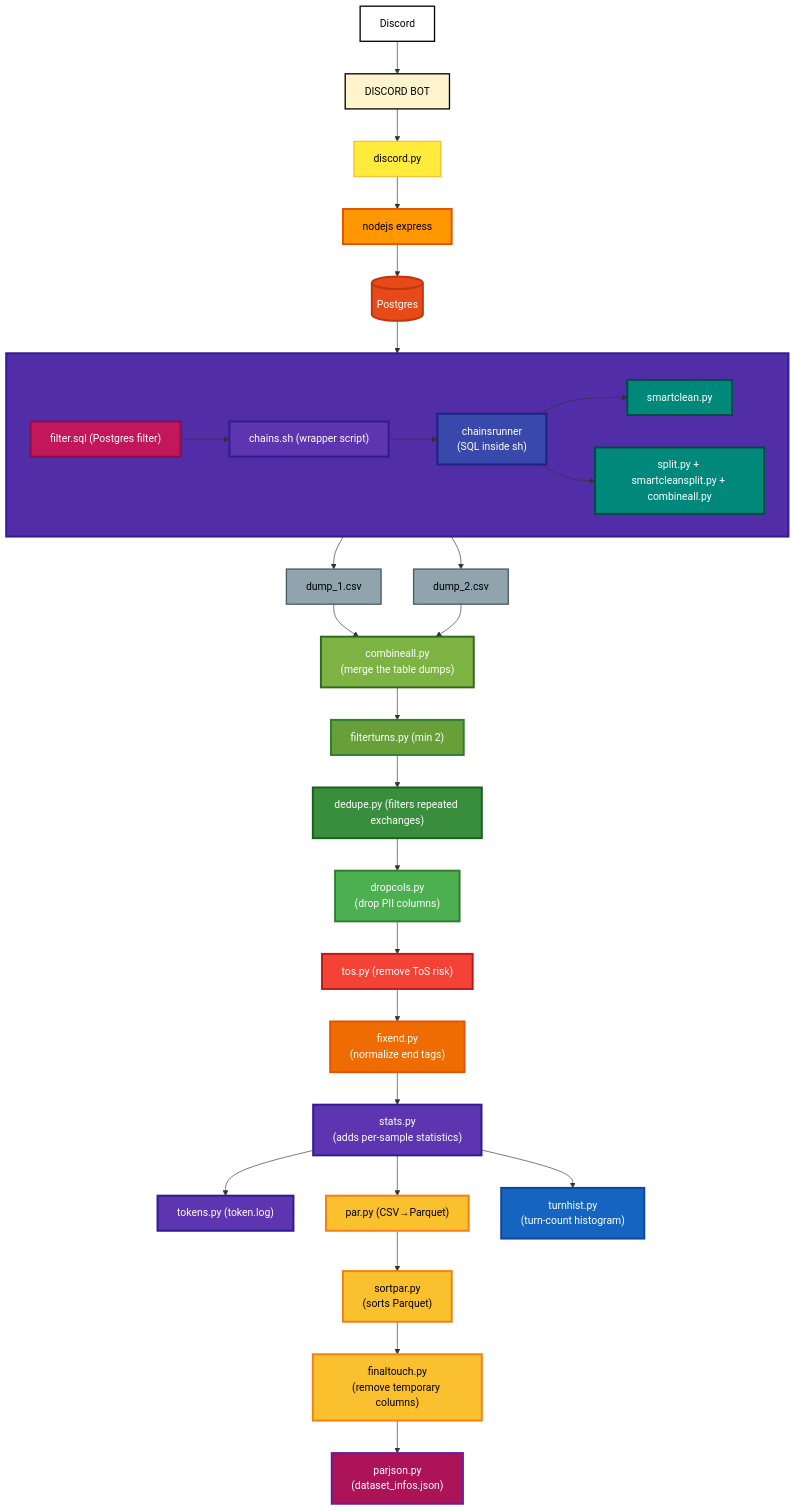
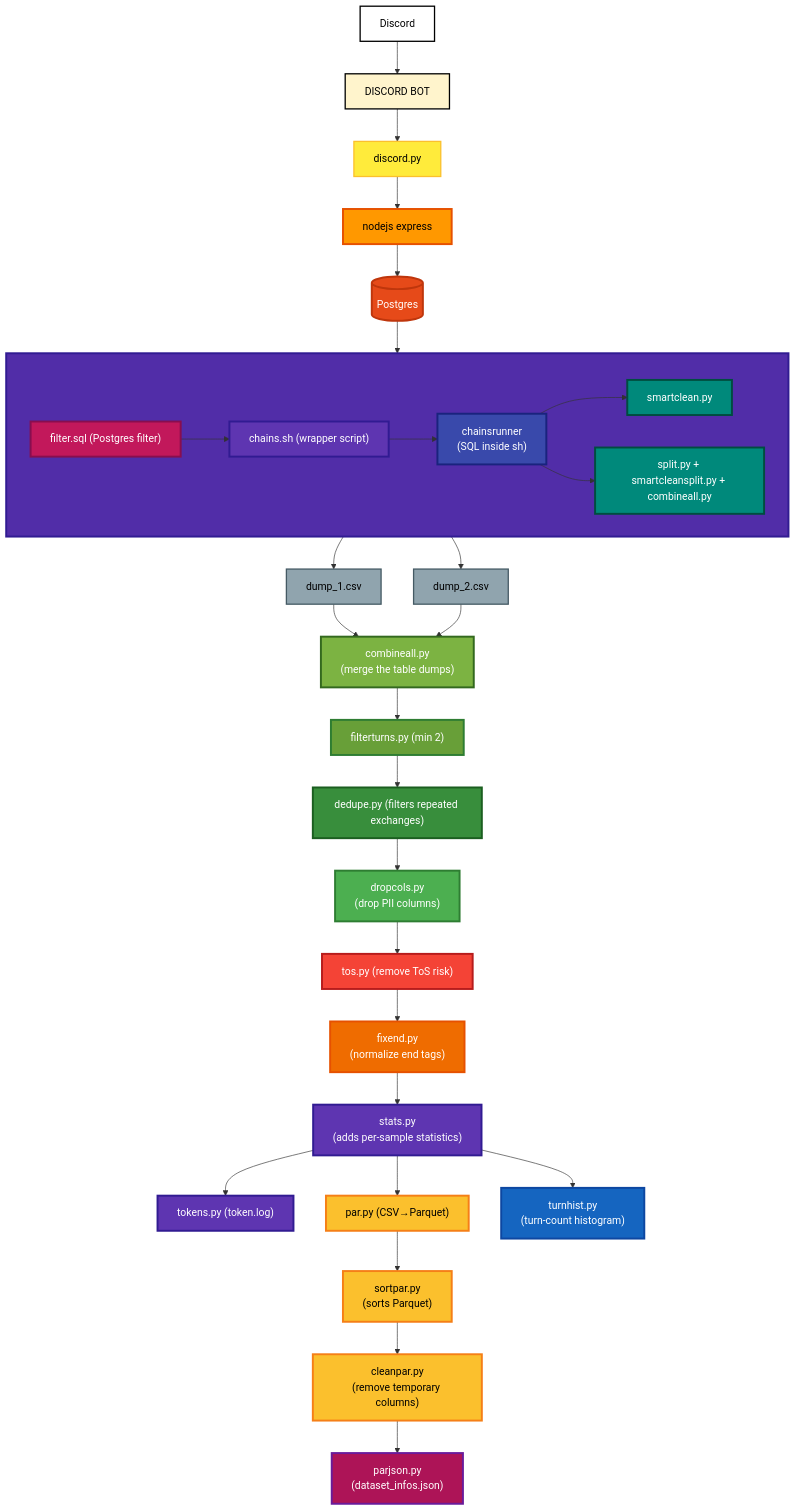
Before and after one commit to mookiezi/dataset-pipeline: the diagram in README.md, drawn with Mermaid. The commit also changed other lines of this file, not shown here.

````diff
--- a/README.md
+++ b/README.md
@@ -11,65 +11,65 @@
 ```mermaid
 flowchart TD
     A[Discord]:::c1 --> B[DISCORD BOT]:::c2
     B --> C[discord.py]:::c3
     C --> D[nodejs express]:::c4
     D --> E[(Postgres)]:::db
 
     E --> G["filter.sql (Postgres filter)"]:::sql
 
     subgraph S[" "]
     direction LR
         G --> H["chains.sh (wrapper script)"]:::c9
         H --> J["chainsrunner<br>(SQL inside sh)"]:::c10
     J --> K["smartclean.py"]:::clean
     J --> L["split.py + smartcleansplit.py + combineall.py"]:::clean
     end
     style S fill:#512da8,stroke:#311b92,color:#ffffff,stroke-width:3px
 
     %% One dump from each branch
     K --> M1["dump_1.csv"]:::file
     L --> M2["dump_2.csv"]:::file
 
     %% Both go into combineall.py
     M1 --> N["combineall.py<br>(merge the table dumps)"]:::c15
     M2 --> N
     N --> O["filterturns.py (min 2)"]:::c16
     O --> P["dedupe.py (filters repeated exchanges)"]:::c17
     P --> Q["dropcols.py<br>(drop PII columns)"]:::c18
     Q --> R["tos.py (remove ToS risk)"]:::tos
     R --> S1["fixend.py<br>(normalize end tags)"]:::fix
     S1 --> T["stats.py<br>(adds per-sample statistics)"]:::stats
 
     %% Stats branches → center par.py
     T --> Y["tokens.py (token.log)"]:::stats
     T --> U["par.py (CSV→Parquet)"]:::pack
     T --> Z["turnhist.py<br>(turn-count histogram)"]:::hist
 
     U --> V["sortpar.py<br>(sorts Parquet)"]:::pack
-    V --> W["finaltouch.py<br>(remove temporary columns)"]:::pack
+    V --> W["cleanpar.py<br>(remove temporary columns)"]:::pack
     W --> X["parjson.py<br>(dataset_infos.json)"]:::meta
 
     %% STYLE CLASSES (use colons)
     classDef c1 fill:#ffffff,stroke:#000000,color:#000000,stroke-width:2px
     classDef c2 fill:#fff4cc,stroke:#000000,color:#000000,stroke-width:2px
     classDef c3 fill:#ffeb3b,stroke:#fbc02d,color:#000000,stroke-width:2px
     classDef c4 fill:#ff9800,stroke:#e65100,color:#000000,stroke-width:3px
     classDef db fill:#e64a19,stroke:#bf360c,color:#ffffff,stroke-width:3px
     classDef sql fill:#c2185b,stroke:#880e4f,color:#ffffff,stroke-width:3px
     classDef c7 fill:#9c27b0,stroke:#6a1b9a,color:#ffffff,stroke-width:3px
     classDef c9 fill:#5e35b1,stroke:#311b92,color:#ffffff,stroke-width:3px
     classDef c10 fill:#3949ab,stroke:#1a237e,color:#ffffff,stroke-width:3px
     classDef c11 fill:#283593,stroke:#1a237e,color:#ffffff,stroke-width:3px
     classDef clean fill:#00897b,stroke:#004d40,color:#ffffff,stroke-width:3px
     classDef file fill:#90a4ae,stroke:#455a64,color:#000000,stroke-width:2px
     classDef c15 fill:#7cb342,stroke:#33691e,color:#ffffff,stroke-width:3px
     classDef c16 fill:#689f38,stroke:#2e7d32,color:#ffffff,stroke-width:3px
     classDef c17 fill:#388e3c,stroke:#1b5e20,color:#ffffff,stroke-width:3px
     classDef c18 fill:#4caf50,stroke:#2e7d32,color:#ffffff,stroke-width:3px
     classDef tos fill:#f44336,stroke:#b71c1c,color:#ffffff,stroke-width:3px
     classDef fix fill:#ef6c00,stroke:#e65100,color:#ffffff,stroke-width:3px
     classDef stats fill:#5e35b1,stroke:#311b92,color:#ffffff,stroke-width:3px
     classDef pack fill:#fbc02d,stroke:#f57f17,color:#000000,stroke-width:3px
     classDef meta fill:#ad1457,stroke:#6a1b9a,color:#ffffff,stroke-width:3px
     classDef hist fill:#1565c0,stroke:#0d47a1,color:#ffffff,stroke-width:3px
 ```
````
